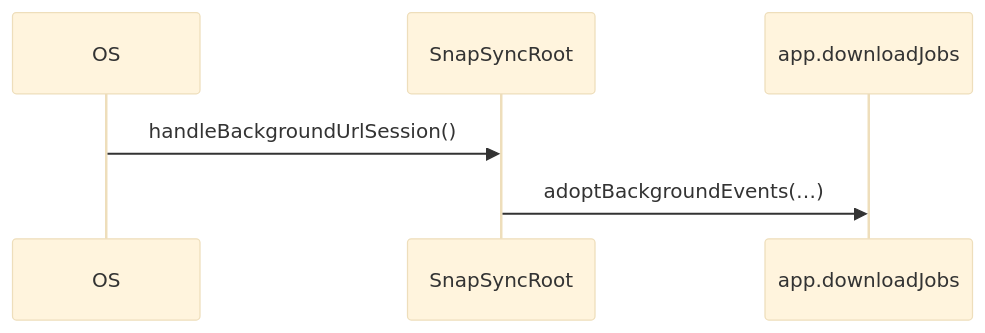
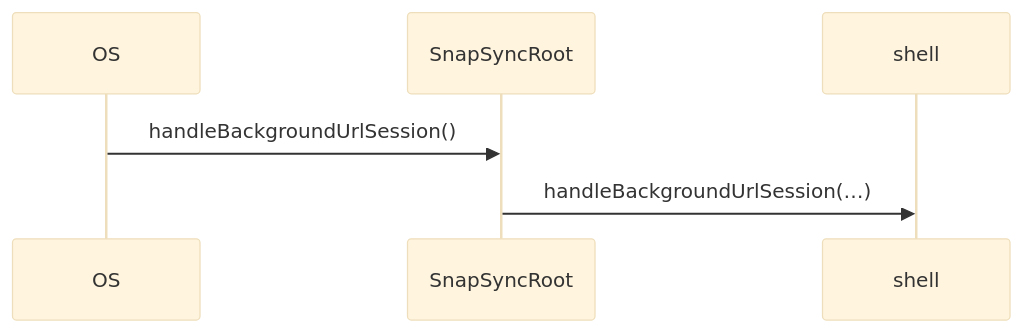
One commit to stefanhoelzl/SnapSync changed the diagram in architecture/flows/handleBackgroundUrlSession.md. Above: the diagram before and after it, drawn with Mermaid (base theme). The commit also changed other lines of this file and 65 other files, not shown here.

First line of the commit message:
feat(architecture): migration step 8 C3/3 — command bundle · rule sinks · the one-switch shell

````diff
--- a/architecture/flows/handleBackgroundUrlSession.md
+++ b/architecture/flows/handleBackgroundUrlSession.md
@@ -12,8 +12,8 @@
 ```mermaid
 sequenceDiagram
   participant OS
   participant SnapSyncRoot
-  participant app_downloadJobs as app.downloadJobs
+  participant shell
   OS->>SnapSyncRoot: handleBackgroundUrlSession()
-  SnapSyncRoot->>app_downloadJobs: adoptBackgroundEvents(…)
+  SnapSyncRoot->>shell: handleBackgroundUrlSession(…)
 ```
````
